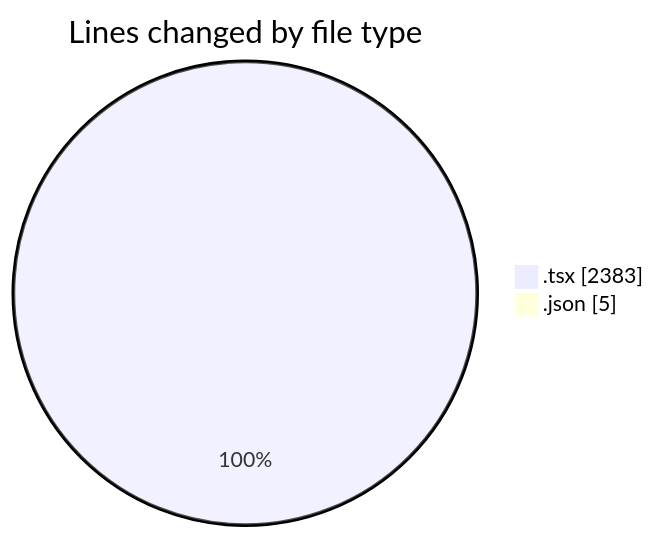
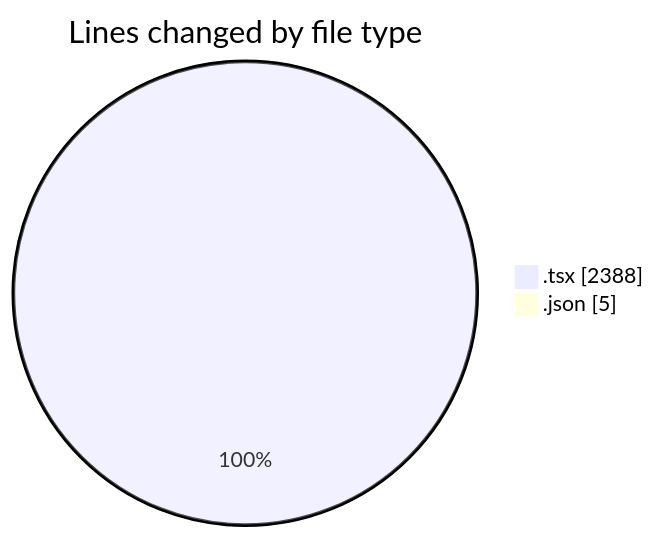
One commit to Elitesun/code-tracking changed the first of 2 diagrams in 2025-05-07/niten/README.md. Above: the diagram before and after it, drawn with Mermaid. The commit also changed other lines of this file and 1 other file, not shown here.

````diff
--- a/2025-05-07/niten/README.md
+++ b/2025-05-07/niten/README.md
@@ -42,6 +42,6 @@
 ```mermaid
 pie showData
 title Lines changed by file type
-".tsx" : 2383
+".tsx" : 2388
 ".json" : 5
 ```
````
